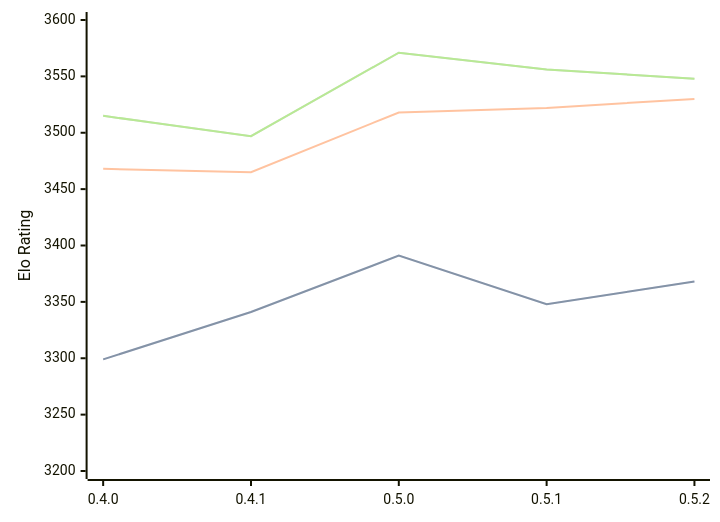
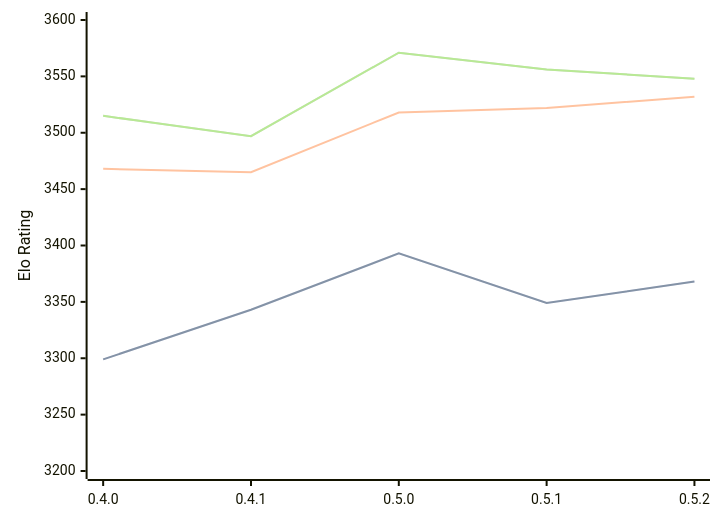
Before and after one commit to computer-chess-index/cci: the diagram in engines/Cinder.md, drawn with Mermaid. The commit also changed other lines of this file, not shown here.

````diff
--- a/engines/Cinder.md
+++ b/engines/Cinder.md
@@ -43,11 +43,11 @@
 ```mermaid
 %%{init: {"theme":"base","themeVariables":{"seriesColors:['#a3a3a3','#222221','#faa371']}}}%%
 xychart-beta
   x-axis ["0.4.0", "0.4.1", "0.5.0", "0.5.1", "0.5.2"]
   y-axis "Elo Rating" 3200 --> 3600
-  line "STC (8.0+0.08s)" [3299, 3341, 3391, 3348, 3368]
-  line "STC (8.0+0.08s)" [3299, 3341, 3391, 3348, 3368]
-  line "LTC (60.0+0.60s)" [3468, 3465, 3518, 3522, 3530]
+  line "STC (8.0+0.08s)" [3299, 3343, 3393, 3349, 3368]
+  line "STC (8.0+0.08s)" [3299, 3343, 3393, 3349, 3368]
+  line "LTC (60.0+0.60s)" [3468, 3465, 3518, 3522, 3532]
   line "VLTC (2m24s+1.12s)" [3515, 3497, 3571, 3556, 3548]
   line "VLTC (2m24s+1.12s)" [3515, 3497, 3571, 3556, 3548]
 ```
````
